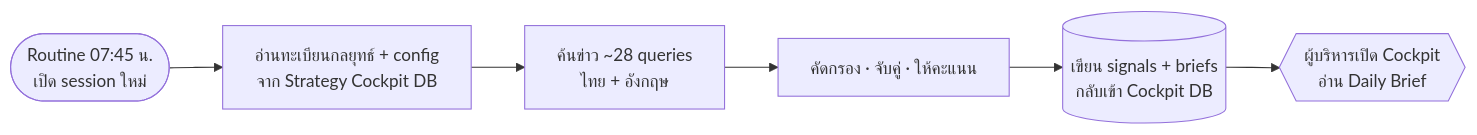
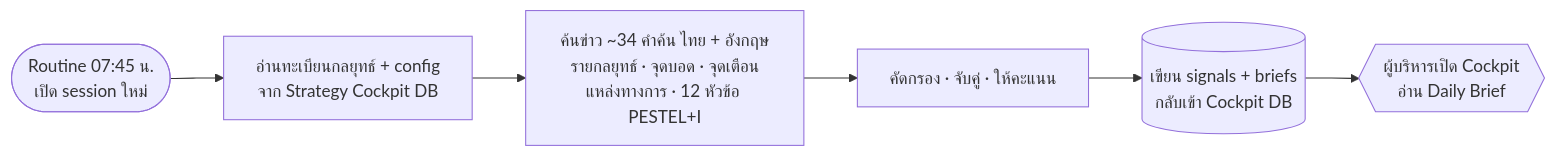
One commit to jinnaphas/strategy changed the second of 2 diagrams in radar/README.md. Above: the diagram before and after it, drawn with Mermaid. The commit also changed other lines of this file and 10 other files, not shown here.

````diff
--- a/radar/README.md
+++ b/radar/README.md
@@ -45,8 +45,8 @@
 ```mermaid
 flowchart LR
     T(["Routine 07:45 น.<br/>เปิด session ใหม่"]) --> L["อ่านทะเบียนกลยุทธ์ + config<br/>จาก Strategy Cockpit DB"]
-    L --> W["ค้นข่าว ~28 queries<br/>ไทย + อังกฤษ"]
+    L --> W["ค้นข่าว ~34 คำค้น ไทย + อังกฤษ<br/>รายกลยุทธ์ · จุดบอด · จุดเตือน<br/>แหล่งทางการ · 12 หัวข้อ PESTEL+I"]
     W --> A["คัดกรอง · จับคู่ · ให้คะแนน"]
     A --> D[("เขียน signals + briefs<br/>กลับเข้า Cockpit DB")]
     D --> V{{"ผู้บริหารเปิด Cockpit<br/>อ่าน Daily Brief"}}
 ```
````
